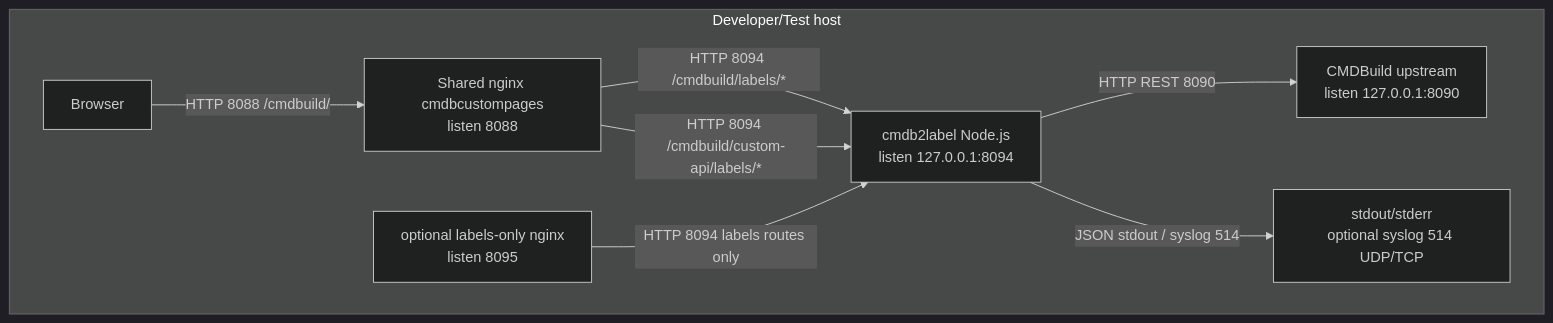
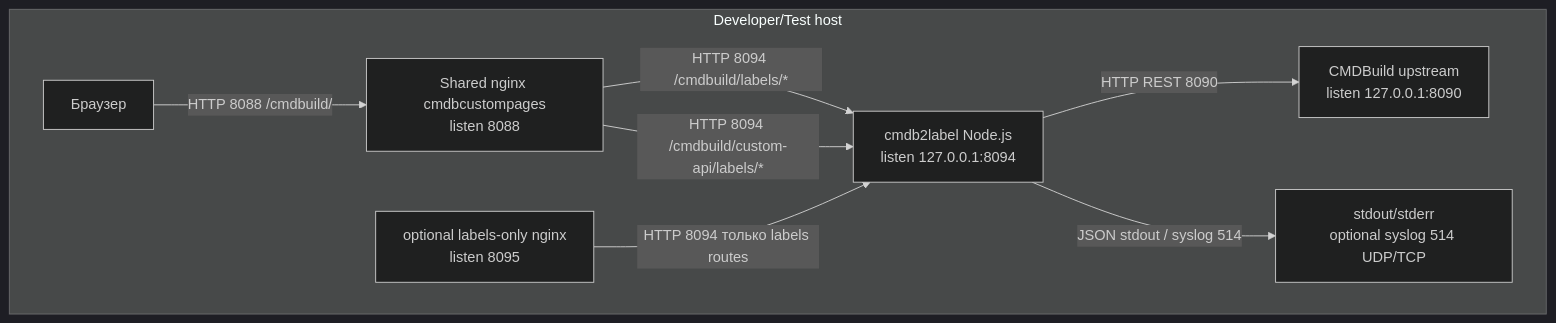
One commit to igorlyapin-max/cmdb2label changed the first of 3 diagrams in aa/deployment.md. Above: the diagram before and after it, drawn with Mermaid (dark theme). The commit also changed other lines of this file and 11 other files, not shown here.

Commit message:
docs(architecture): translate aa artifacts to russian

````diff
--- a/aa/deployment.md
+++ b/aa/deployment.md
@@ -7,18 +7,18 @@
 ```mermaid
 flowchart TB
   subgraph Host["Developer/Test host"]
-    Browser[Browser]
+    Browser[Браузер]
     Nginx[Shared nginx cmdbcustompages<br/>listen 8088]
     Labels[cmdb2label Node.js<br/>listen 127.0.0.1:8094]
     LabelsOnly[optional labels-only nginx<br/>listen 8095]
     CMDB[CMDBuild upstream<br/>listen 127.0.0.1:8090]
     Logs[stdout/stderr<br/>optional syslog 514 UDP/TCP]
   end
 
   Browser -->|HTTP 8088 /cmdbuild/| Nginx
   Nginx -->|HTTP 8094 /cmdbuild/labels/*| Labels
   Nginx -->|HTTP 8094 /cmdbuild/custom-api/labels/*| Labels
-  LabelsOnly -->|HTTP 8094 labels routes only| Labels
+  LabelsOnly -->|HTTP 8094 только labels routes| Labels
   Labels -->|HTTP REST 8090| CMDB
   Labels -->|JSON stdout / syslog 514| Logs
 ```
````
